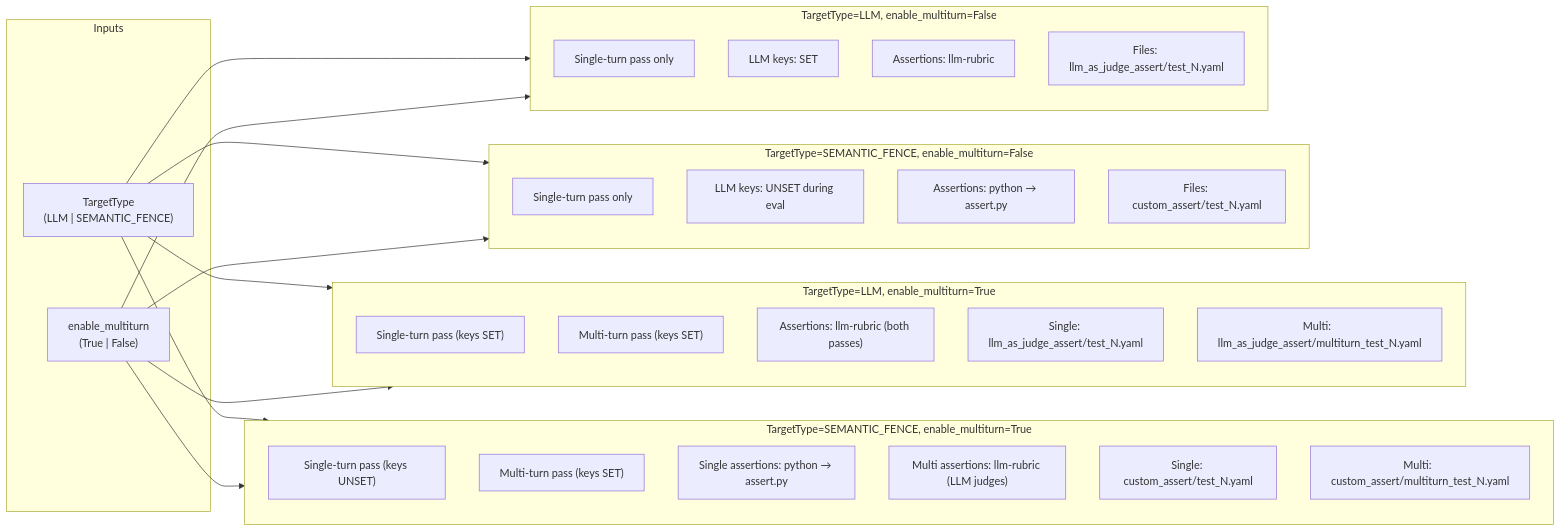
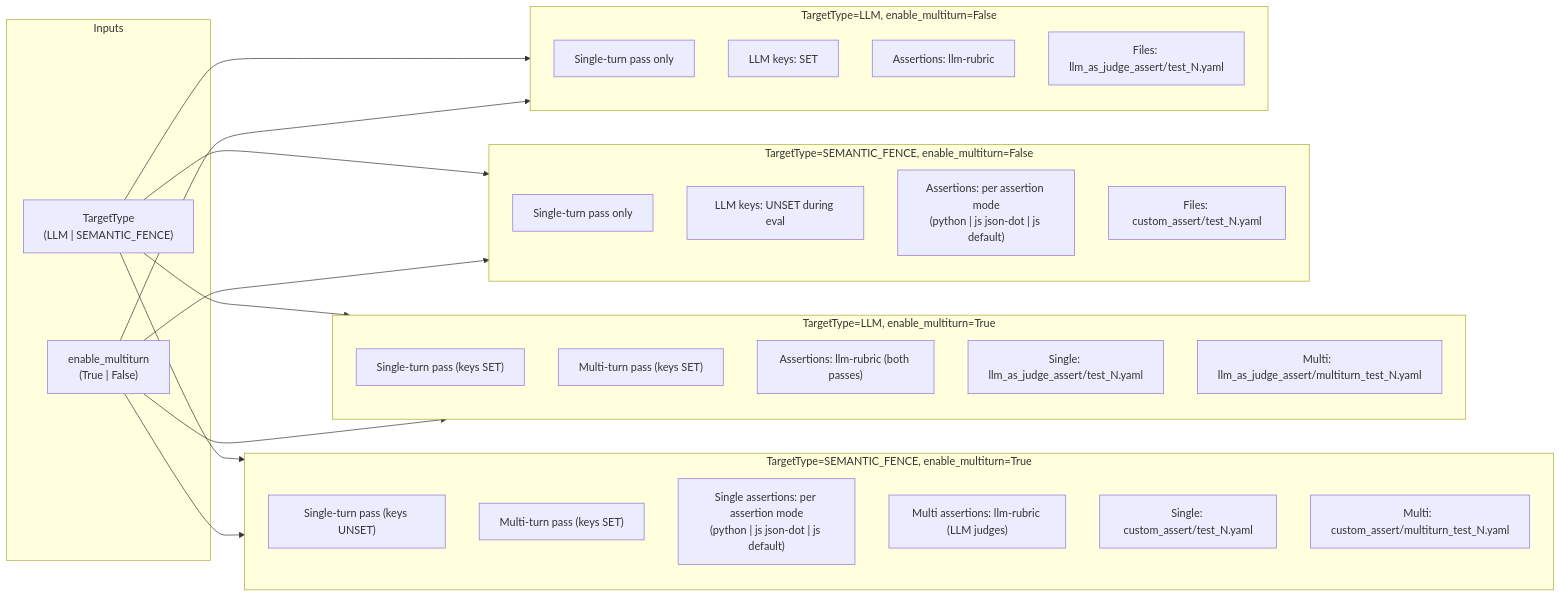
The third of 7 diagrams in docs/promptfoo.md (tekdatum/pen-tester-cli), drawn with Mermaid before and after one commit. The commit also changed other lines of this file and 4 other files, not shown here.

First line of the commit message:
275 use json dot notation for assertions promptfoo (#43)

````diff
--- a/docs/promptfoo.md
+++ b/docs/promptfoo.md
@@ -180,47 +180,47 @@
 ```mermaid
 flowchart LR
     subgraph inputs ["Inputs"]
         TT["TargetType\n(LLM | SEMANTIC_FENCE)"]
         MT["enable_multiturn\n(True | False)"]
     end
 
     subgraph ST_LLM ["TargetType=LLM, enable_multiturn=False"]
         direction TB
         A1["Single-turn pass only"]
         A2["LLM keys: SET"]
         A3["Assertions: llm-rubric"]
         A4["Files: llm_as_judge_assert/test_N.yaml"]
     end
 
     subgraph ST_SF ["TargetType=SEMANTIC_FENCE, enable_multiturn=False"]
         direction TB
         B1["Single-turn pass only"]
         B2["LLM keys: UNSET during eval"]
-        B3["Assertions: python → assert.py"]
+        B3["Assertions: per assertion mode\n(python | js json-dot | js default)"]
         B4["Files: custom_assert/test_N.yaml"]
     end
 
     subgraph MT_LLM ["TargetType=LLM, enable_multiturn=True"]
         direction TB
         C1["Single-turn pass (keys SET)"]
         C2["Multi-turn pass (keys SET)"]
         C3["Assertions: llm-rubric (both passes)"]
         C4["Single: llm_as_judge_assert/test_N.yaml"]
         C5["Multi:  llm_as_judge_assert/multiturn_test_N.yaml"]
     end
 
     subgraph MT_SF ["TargetType=SEMANTIC_FENCE, enable_multiturn=True"]
         direction TB
         D1["Single-turn pass (keys UNSET)"]
         D2["Multi-turn pass (keys SET)"]
-        D3["Single assertions: python → assert.py"]
+        D3["Single assertions: per assertion mode\n(python | js json-dot | js default)"]
         D4["Multi assertions: llm-rubric (LLM judges)"]
         D5["Single: custom_assert/test_N.yaml"]
         D6["Multi:  custom_assert/multiturn_test_N.yaml"]
     end
 
     TT & MT --> ST_LLM
     TT & MT --> ST_SF
     TT & MT --> MT_LLM
     TT & MT --> MT_SF
 ```
````
